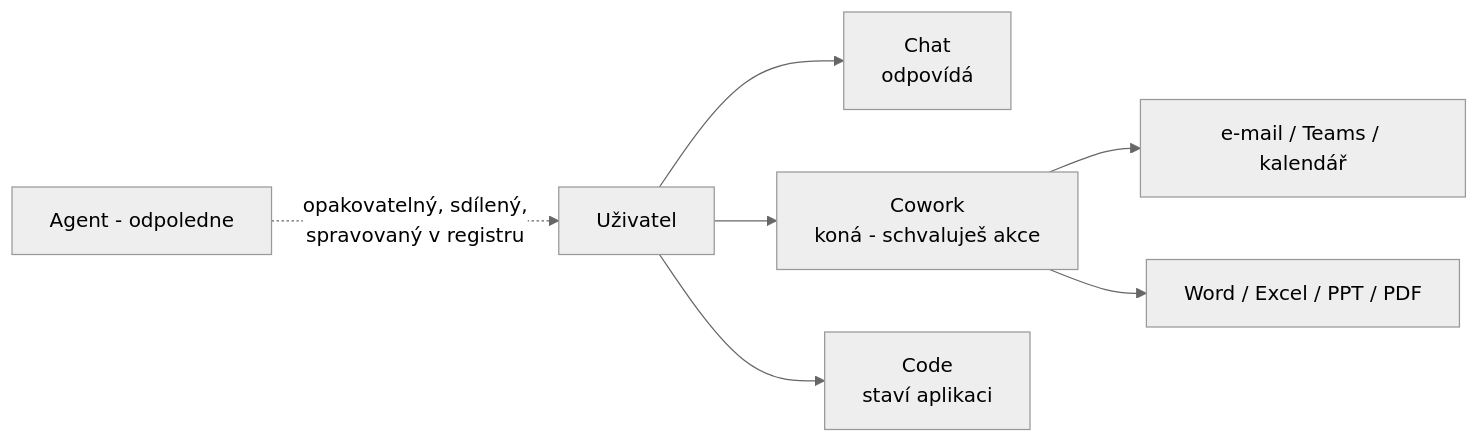
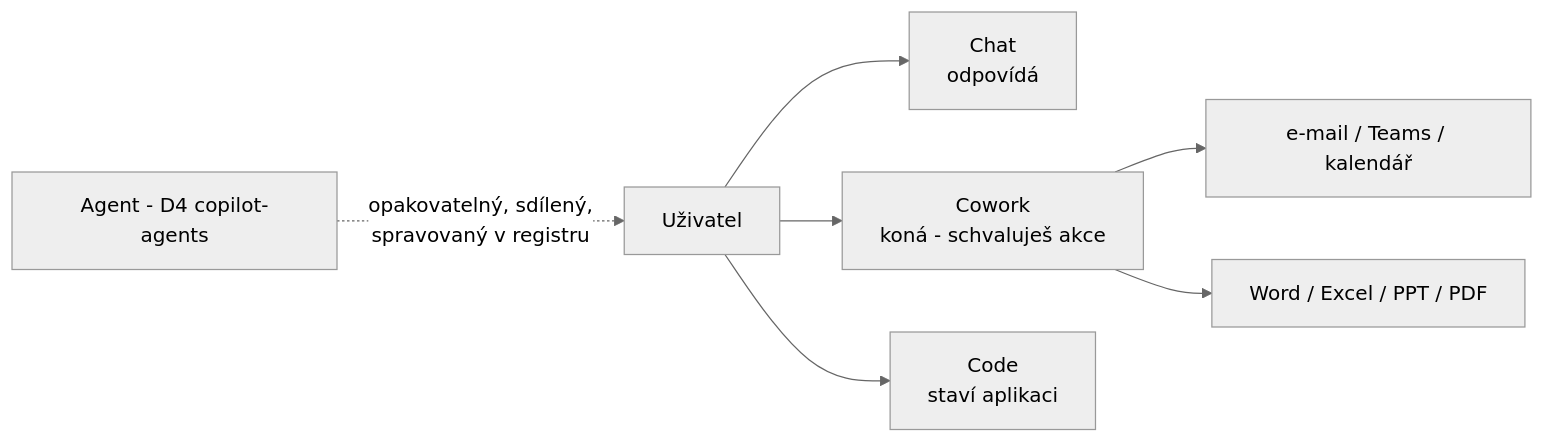
The diagram in day-4/cowork/README.md (MalasekPetr/gopas-goc224), drawn with Mermaid (neutral theme) before and after one commit. The commit also changed other lines of this file and 16 other files, not shown here.

````diff
--- a/day-4/cowork/README.md
+++ b/day-4/cowork/README.md
@@ -24,9 +47,9 @@
 ```mermaid
 flowchart LR
   U[Uživatel] --> Ch[Chat<br/>odpovídá]
   U --> Cw[Cowork<br/>koná - schvaluješ akce]
   U --> Co[Code<br/>staví aplikaci]
   Cw --> A1[e-mail / Teams / kalendář]
   Cw --> A2[Word / Excel / PPT / PDF]
-  Ag[Agent - odpoledne] -.->|"opakovatelný, sdílený,<br/>spravovaný v registru"| U
+  Ag[Agent - D4 copilot-agents] -.->|"opakovatelný, sdílený,<br/>spravovaný v registru"| U
 ```
````
